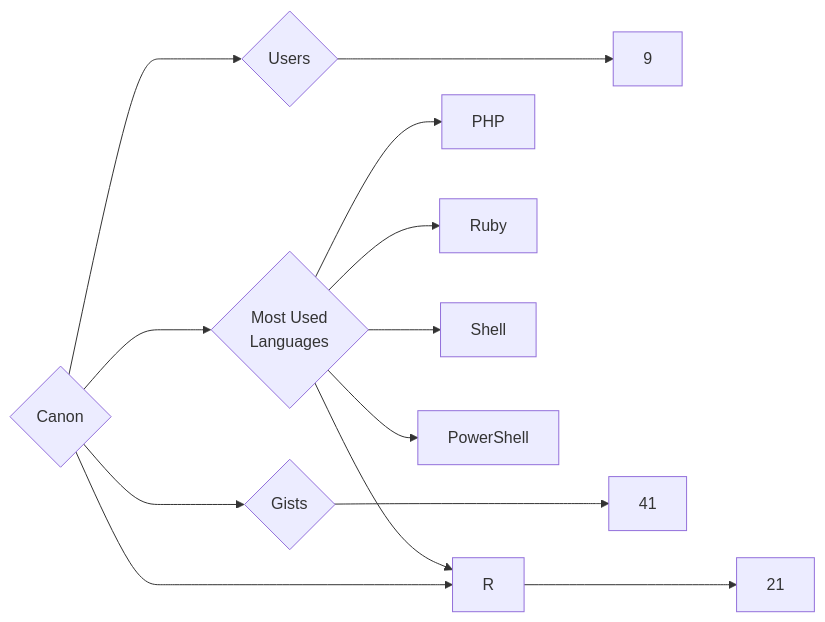
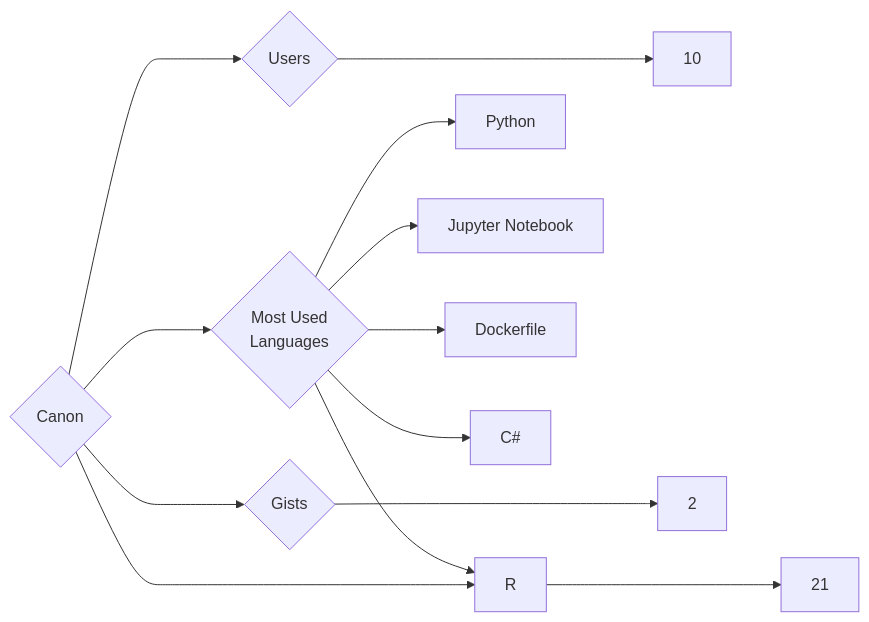
One commit to trickest/insiders changed the diagram in targets/Canon/README.md. Above: the diagram before and after it, drawn with Mermaid. The commit also changed 894 other files, not shown here.

````diff
--- a/targets/Canon/README.md
+++ b/targets/Canon/README.md
@@ -3,13 +3,13 @@
 ```mermaid
 graph LR
 COMPANY_NAME{Canon}
-COMPANY_NAME ---> U{Users} ---> UN[9]
+COMPANY_NAME ---> U{Users} ---> UN[10]
 COMPANY_NAME ---> R{Repositories} ---> RN[21]
-COMPANY_NAME ---> G{Gists} ---> GN[41]
+COMPANY_NAME ---> G{Gists} ---> GN[2]
 COMPANY_NAME ---> ML{Most Used<br>Languages}
-ML --> PHP[PHP]
-ML --> Ruby[Ruby]
-ML --> Shell[Shell]
+ML --> Python[Python]
 ML --> R[R]
-ML --> PowerShell[PowerShell]
+ML --> Jupyter_Notebook[Jupyter Notebook]
+ML --> Dockerfile[Dockerfile]
+ML --> C#[C#]
 ```
````
